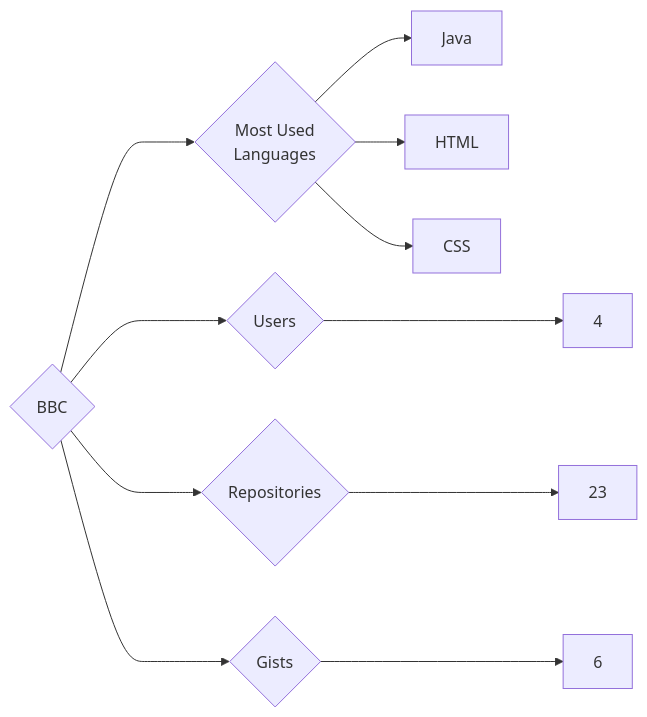
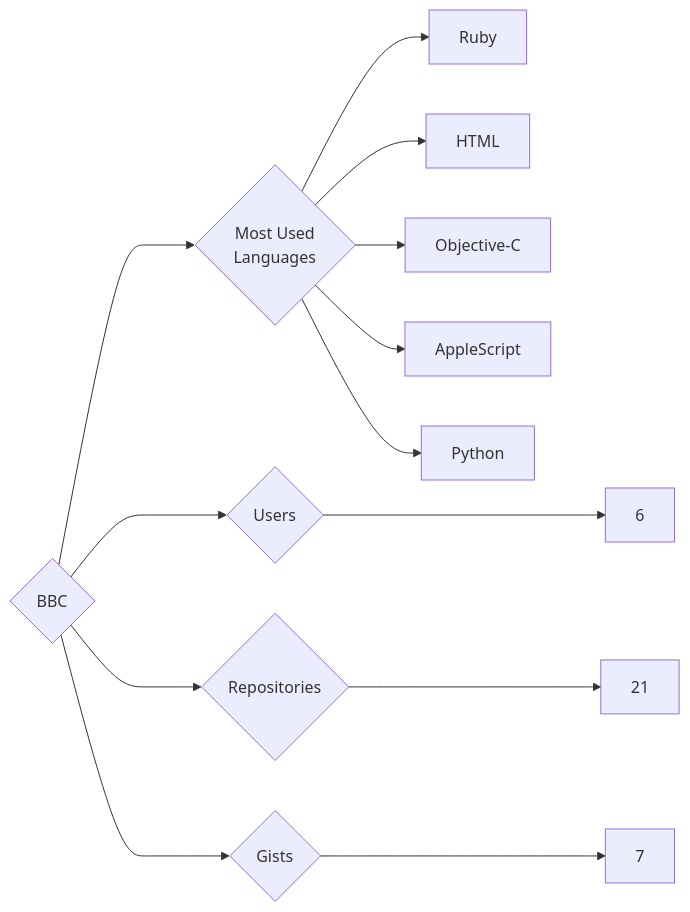
One commit to trickest/insiders changed the diagram in targets/BBC/README.md. Above: the diagram before and after it, drawn with Mermaid. The commit also changed 1212 other files, not shown here.

````diff
--- a/targets/BBC/README.md
+++ b/targets/BBC/README.md
@@ -3,11 +3,13 @@
 ```mermaid
 graph LR
 COMPANY_NAME{BBC}
-COMPANY_NAME ---> U{Users} ---> UN[4]
-COMPANY_NAME ---> R{Repositories} ---> RN[23]
-COMPANY_NAME ---> G{Gists} ---> GN[6]
+COMPANY_NAME ---> U{Users} ---> UN[6]
+COMPANY_NAME ---> R{Repositories} ---> RN[21]
+COMPANY_NAME ---> G{Gists} ---> GN[7]
 COMPANY_NAME ---> ML{Most Used<br>Languages}
-ML --> Java[Java]
+ML --> Ruby[Ruby]
 ML --> HTML[HTML]
-ML --> CSS[CSS]
+ML --> Objective-C[Objective-C]
+ML --> AppleScript[AppleScript]
+ML --> Python[Python]
 ```
````
